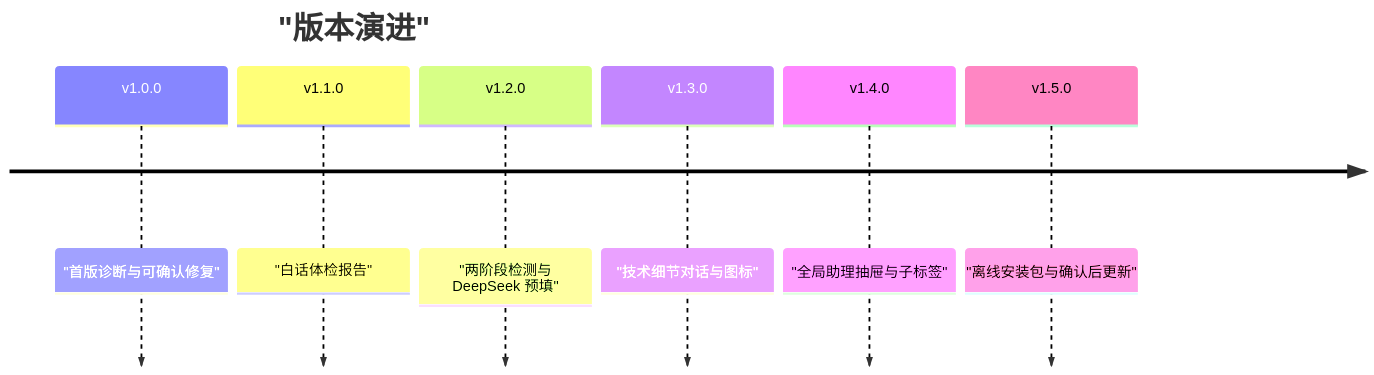
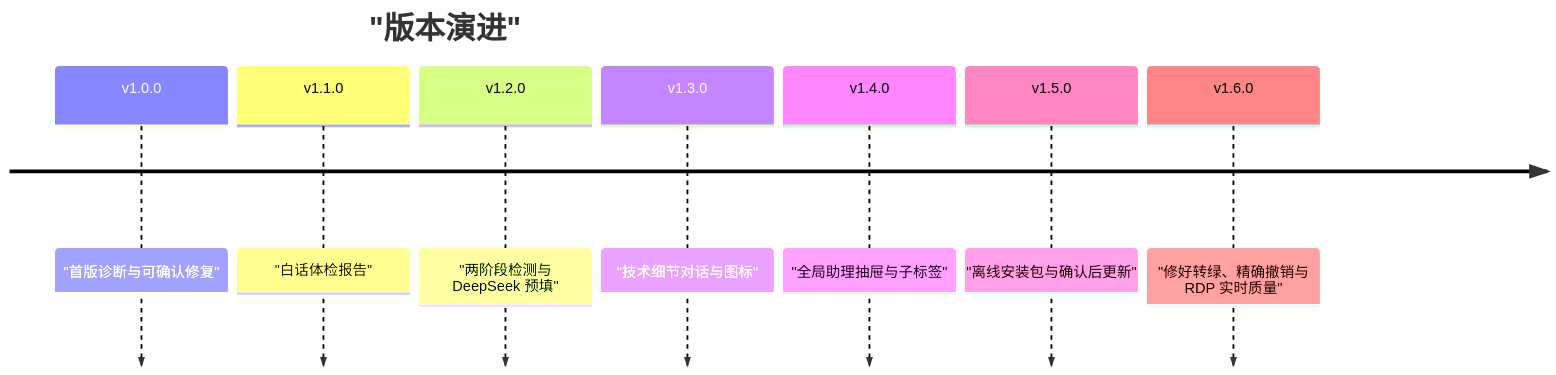
Before and after one commit to cr20085361/Remote-Desktop-Connection-Optimizer: the third of 3 diagrams in README.md, drawn with Mermaid. The commit also changed other lines of this file and 29 other files, not shown here.

First line of the commit message:
发布 1.6.0：修好转绿、精确撤销、双端令牌与 RDP 实时质量。

````diff
--- a/README.md
+++ b/README.md
@@ -52,10 +52,11 @@
 ```mermaid
 timeline
   title "版本演进"
   v1.0.0 : "首版诊断与可确认修复"
   v1.1.0 : "白话体检报告"
   v1.2.0 : "两阶段检测与 DeepSeek 预填"
   v1.3.0 : "技术细节对话与图标"
   v1.4.0 : "全局助理抽屉与子标签"
   v1.5.0 : "离线安装包与确认后更新"
+  v1.6.0 : "修好转绿、精确撤销与 RDP 实时质量"
 ```
````
